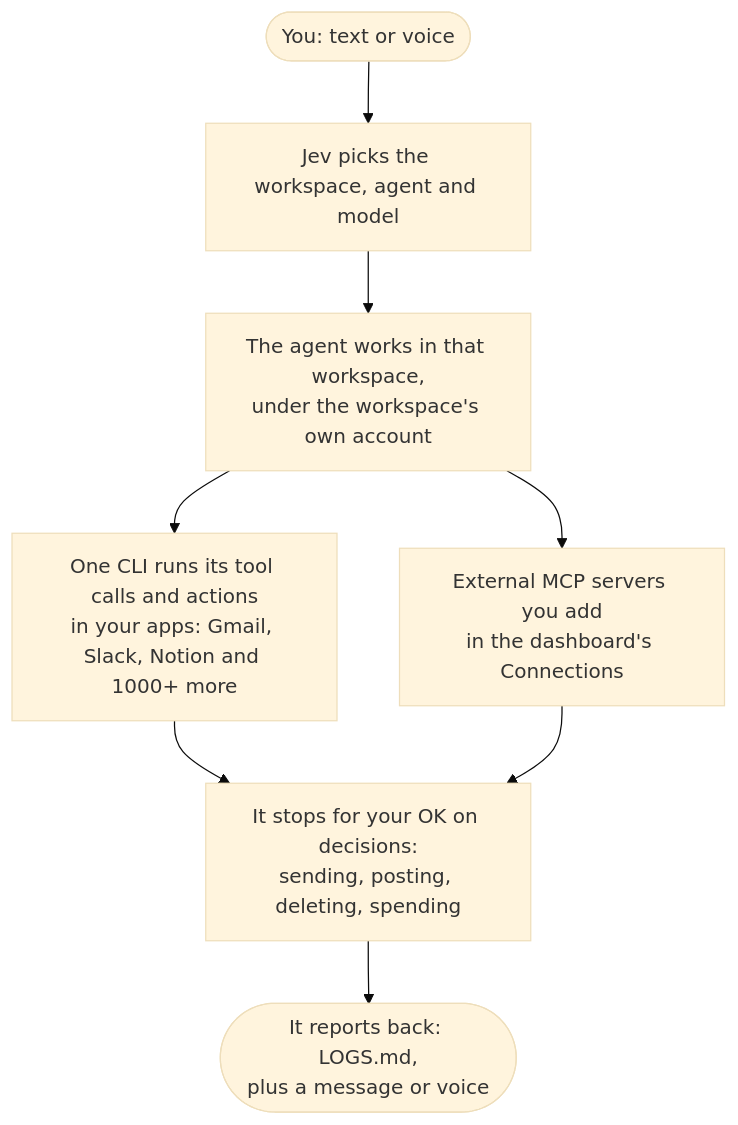
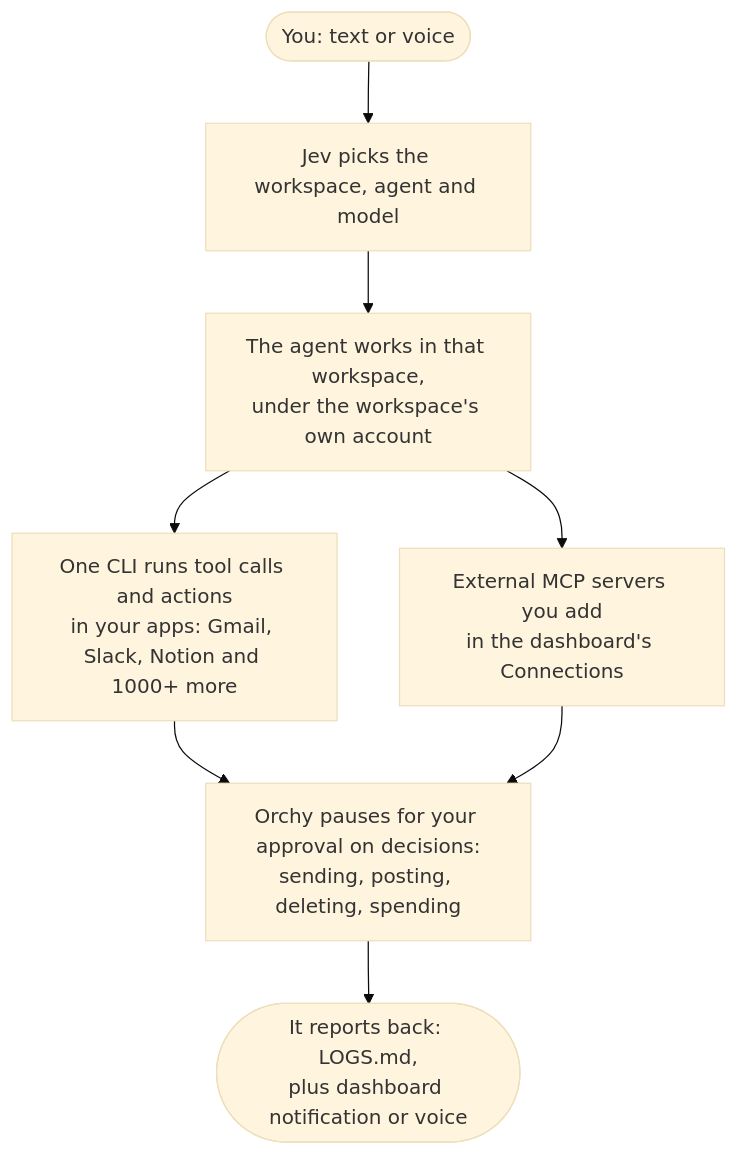
Before and after one commit to janmm97/orchy-ai: the diagram in README.md, drawn with Mermaid (base theme). The commit also changed other lines of this file, not shown here.

````diff
--- a/README.md
+++ b/README.md
@@ -195,10 +223,10 @@
 ```mermaid
 flowchart TD
     you(["You: text or voice"]) --> jev["Jev picks the workspace, agent and model"]
     jev --> agent["The agent works in that workspace,<br/>under the workspace's own account"]
-    agent --> one["One CLI runs its tool calls and actions<br/>in your apps: Gmail, Slack, Notion and 1000+ more"]
+    agent --> one["One CLI runs tool calls and actions<br/>in your apps: Gmail, Slack, Notion and 1000+ more"]
     agent --> mcp["External MCP servers you add<br/>in the dashboard's Connections"]
-    one --> ok["It stops for your OK on decisions:<br/>sending, posting, deleting, spending"]
+    one --> ok["Orchy pauses for your approval on decisions:<br/>sending, posting, deleting, spending"]
     mcp --> ok
-    ok --> done(["It reports back: LOGS.md,<br/>plus a message or voice"])
+    ok --> done(["It reports back: LOGS.md,<br/>plus dashboard notification or voice"])
 ```
````
